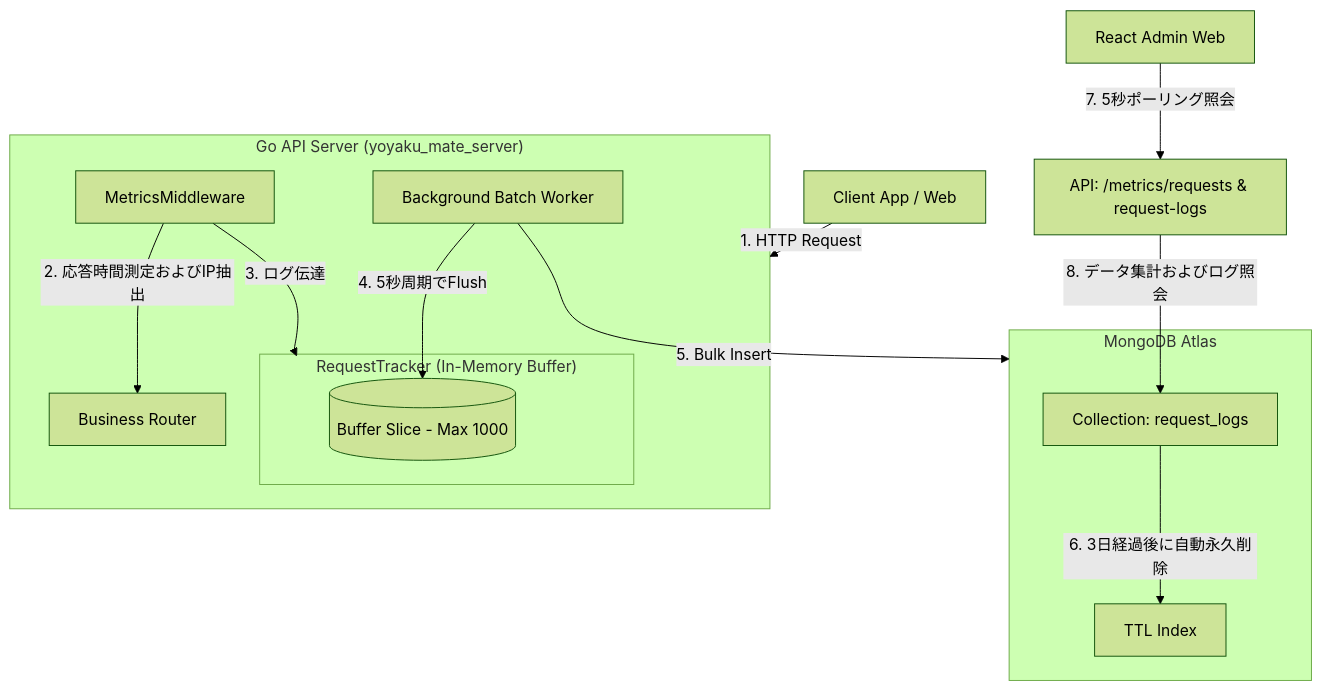
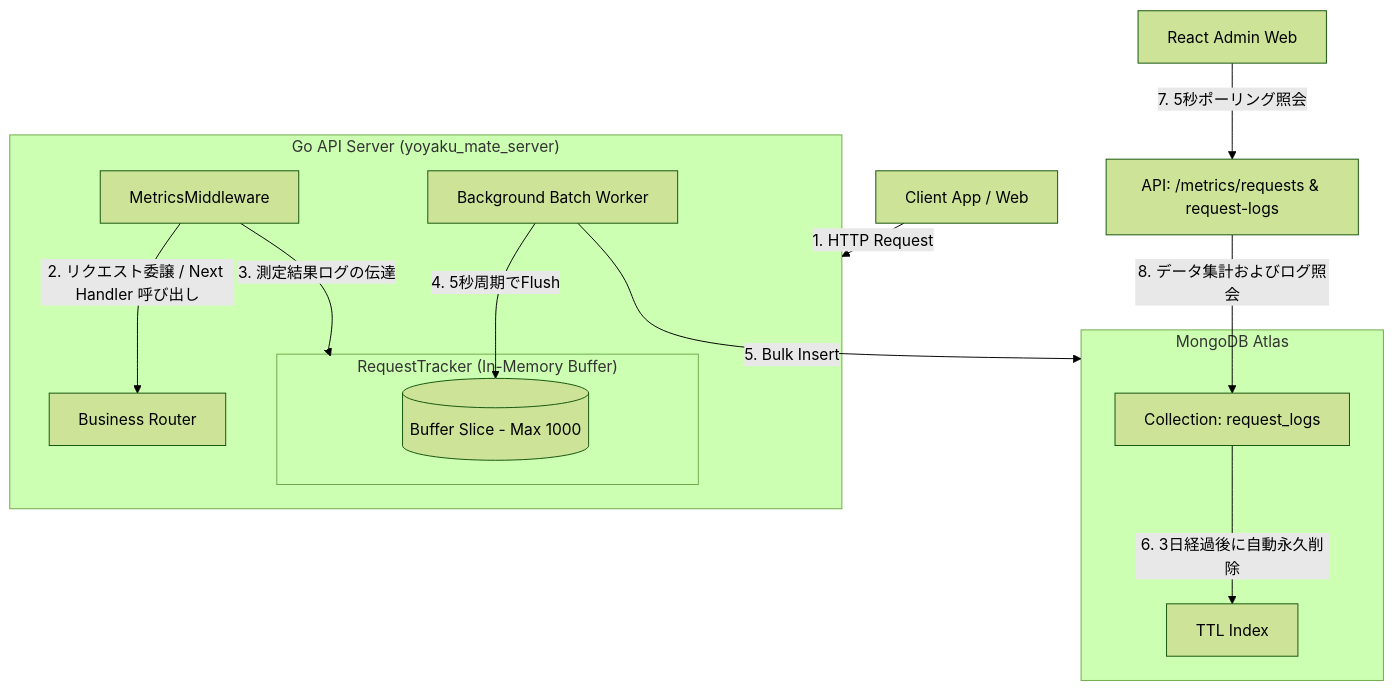
One commit to Espi8624/yoyaku_mate_admin changed the diagram in docs/features/request-counter.md. Above: the diagram before and after it, drawn with Mermaid (forest theme). The commit also changed 1 other file, not shown here.

Commit message:
update documents

````diff
--- a/docs/features/request-counter.md
+++ b/docs/features/request-counter.md
@@ -11,24 +11,24 @@
 ```mermaid
 flowchart TD
     Client[Client App / Web] -->|1. HTTP Request| GoServer[Go API Server]
     
     subgraph GoServer ["Go API Server (yoyaku_mate_server)"]
-        Middleware[MetricsMiddleware] -->|2. 応答時間測定およびIP抽出| Router[Business Router]
-        Middleware -->|3. ログ伝達| Tracker[RequestTracker]
+        Middleware[MetricsMiddleware] -->|2. リクエスト委譲 / Next Handler 呼び出し| Router[Business Router]
+        Middleware -->|3. 測定結果ログの伝達| Tracker[RequestTracker]
         
         subgraph Tracker ["RequestTracker (In-Memory Buffer)"]
             Buffer[(Buffer Slice - Max 1000)]
         end
         
         BatchWorker[Background Batch Worker] -->|4. 5秒周期でFlush| Buffer
     end
     
     BatchWorker -->|5. Bulk Insert| MongoDB[(MongoDB Atlas)]
     
     subgraph MongoDB ["MongoDB Atlas"]
         ReqLogs[Collection: request_logs] -->|6. 3日経過後に自動永久削除| TTL[TTL Index]
     end
     
     Admin[React Admin Web] -->|7. 5秒ポーリング照会| AggQuery[API: /metrics/requests & request-logs]
     AggQuery -->|8. データ集計およびログ照会| ReqLogs
 ```
````
